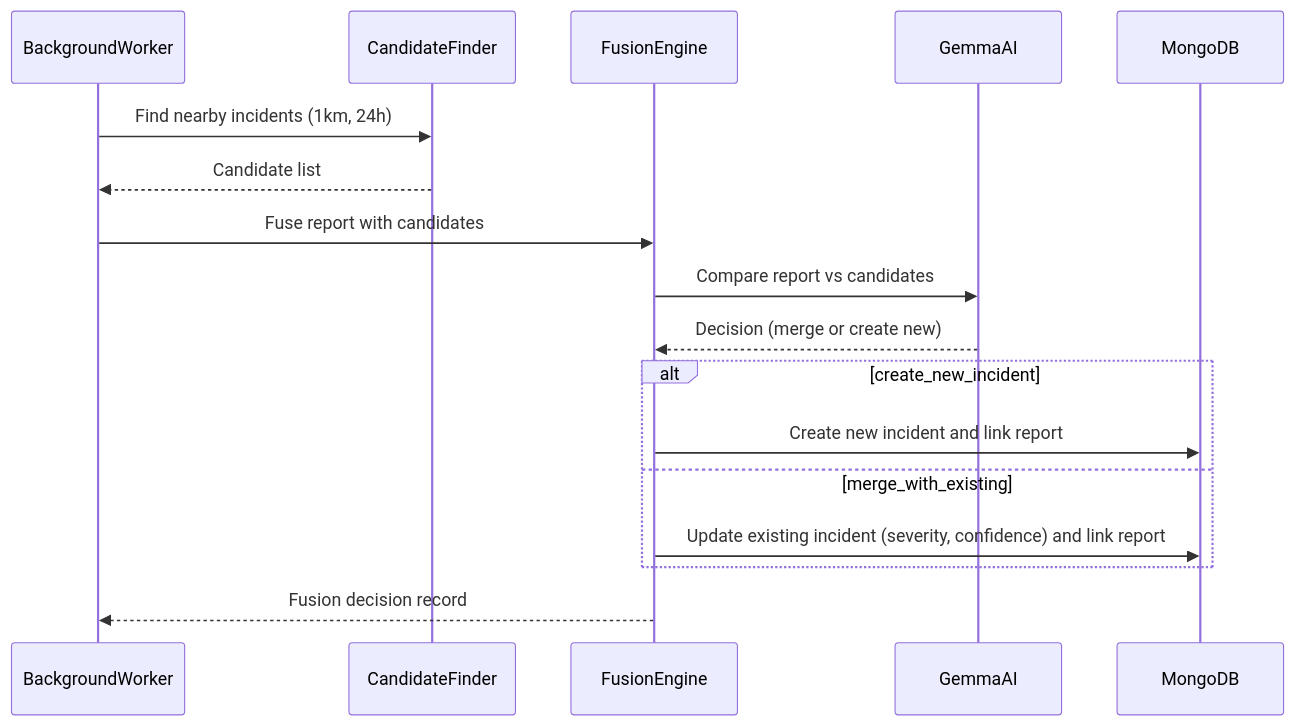
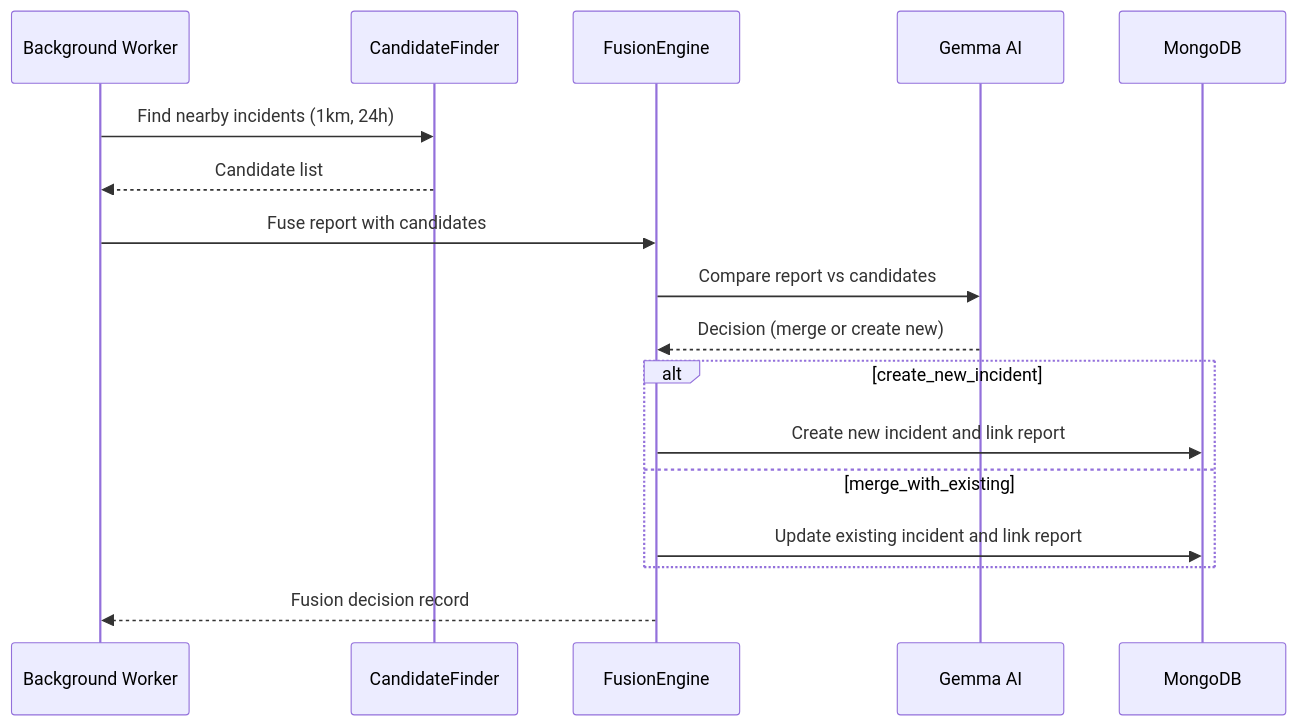
One commit to Searcher06/AI-Powered-Incident-Intelligent-System changed the third of 3 diagrams in README.md. Above: the diagram before and after it, drawn with Mermaid. The commit also changed other lines of this file and 5 other files, not shown here.

````diff
--- a/README.md
+++ b/README.md
@@ -62,20 +62,20 @@
 ```mermaid
 sequenceDiagram
-    participant BackgroundWorker
-    participant CandidateFinder
-    participant FusionEngine
-    participant GemmaAI
-    participant MongoDB
+    participant Worker as Background Worker
+    participant Finder as CandidateFinder
+    participant Fusion as FusionEngine
+    participant Gemma as Gemma AI
+    participant DB as MongoDB
 
-    BackgroundWorker->>CandidateFinder: Find nearby incidents (1km, 24h)
-    CandidateFinder-->>BackgroundWorker: Candidate list
-    BackgroundWorker->>FusionEngine: Fuse report with candidates
-    FusionEngine->>GemmaAI: Compare report vs candidates
-    GemmaAI-->>FusionEngine: Decision (merge or create new)
+    Worker->>Finder: Find nearby incidents (1km, 24h)
+    Finder-->>Worker: Candidate list
+    Worker->>Fusion: Fuse report with candidates
+    Fusion->>Gemma: Compare report vs candidates
+    Gemma-->>Fusion: Decision (merge or create new)
     alt create_new_incident
-        FusionEngine->>MongoDB: Create new incident and link report
+        Fusion->>DB: Create new incident and link report
     else merge_with_existing
-        FusionEngine->>MongoDB: Update existing incident (severity, confidence) and link report
+        Fusion->>DB: Update existing incident and link report
     end
-    FusionEngine-->>BackgroundWorker: Fusion decision record
+    Fusion-->>Worker: Fusion decision record
 ```
````
